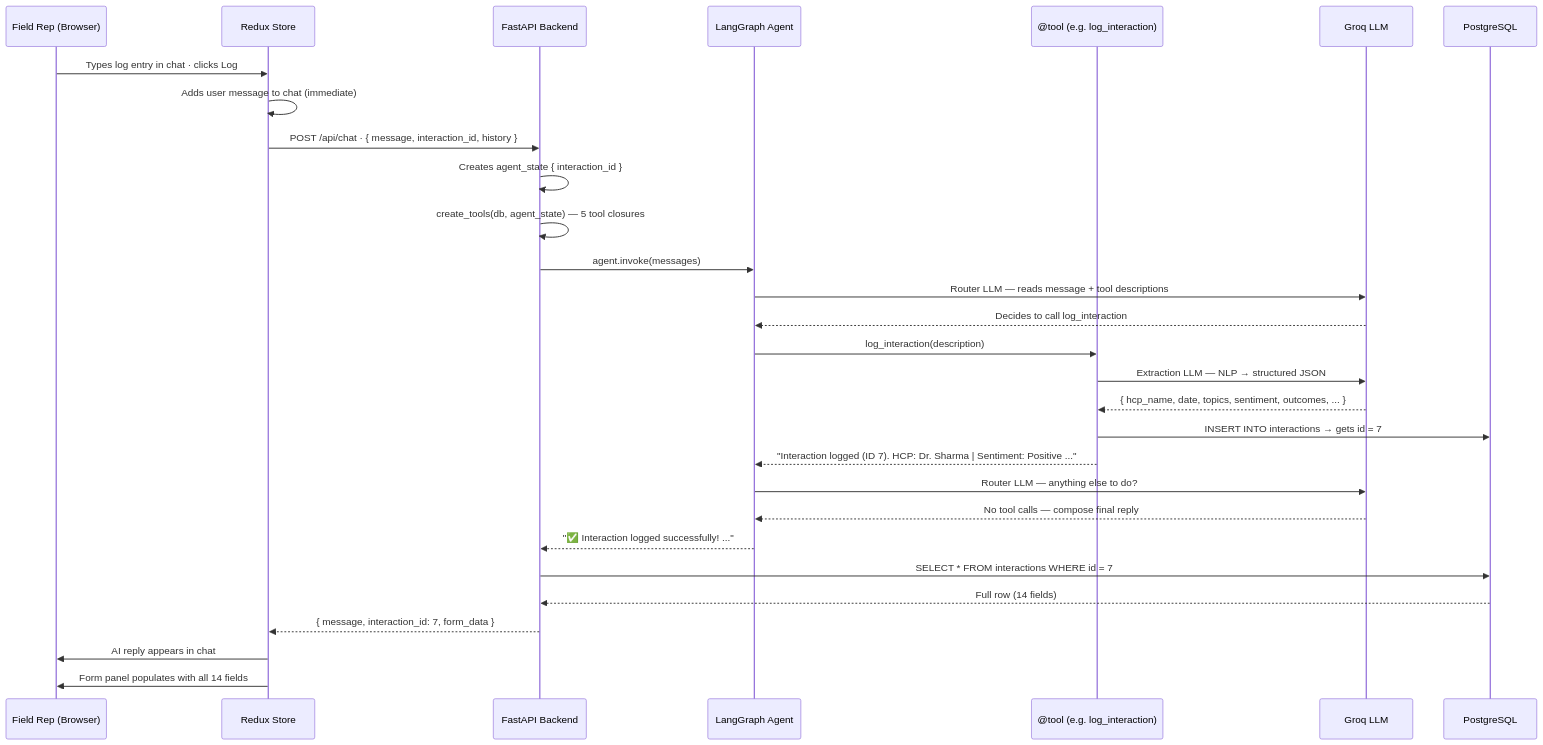
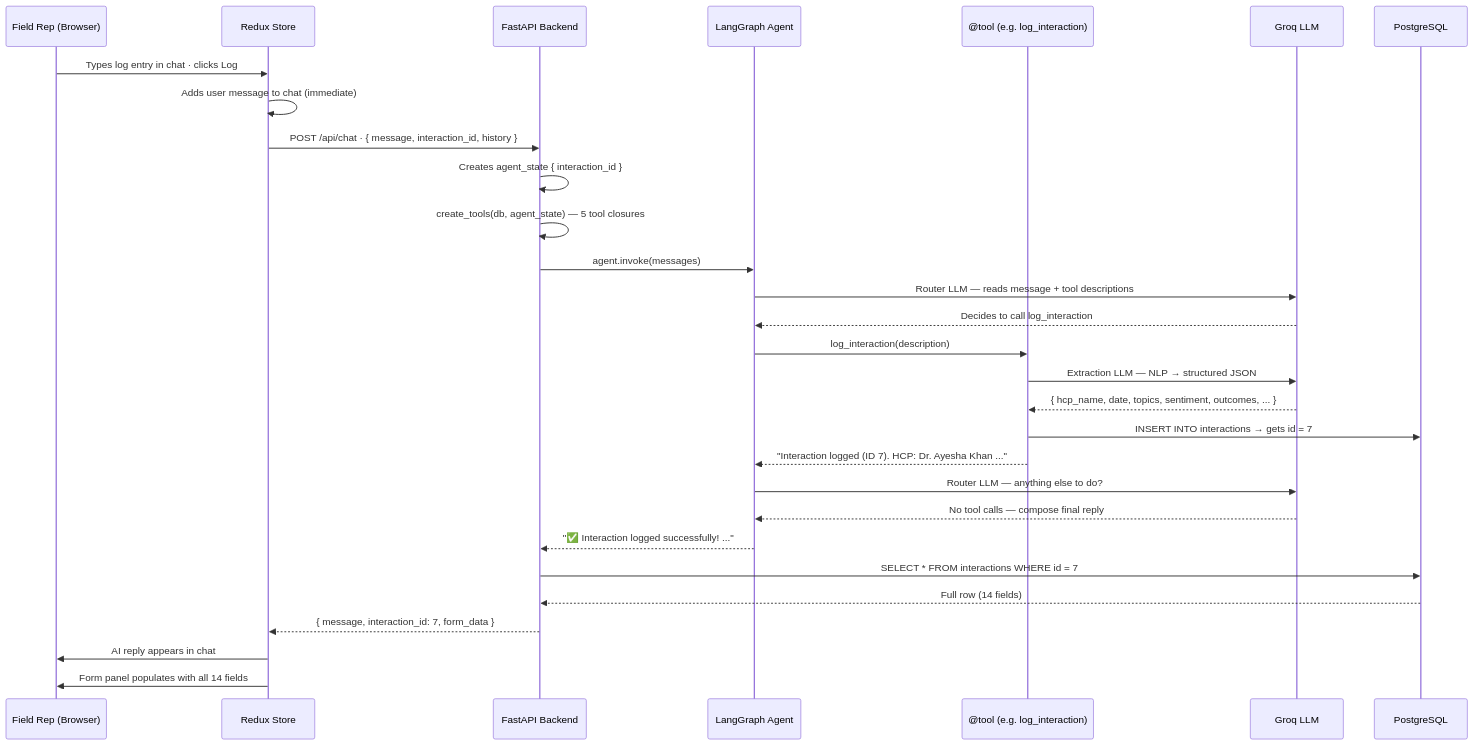
Before and after one commit to Kanchan95/ai-hcp-crm: the diagram in README.md, drawn with Mermaid. The commit also changed other lines of this file and 6 other files, not shown here.

````diff
--- a/README.md
+++ b/README.md
@@ -25,38 +51,38 @@
 ```mermaid
 sequenceDiagram
     participant Rep as Field Rep (Browser)
     participant Redux as Redux Store
     participant API as FastAPI Backend
     participant Agent as LangGraph Agent
     participant Tool as @tool (e.g. log_interaction)
     participant LLM as Groq LLM
     participant DB as PostgreSQL
 
     Rep->>Redux: Types log entry in chat · clicks Log
     Redux->>Redux: Adds user message to chat (immediate)
     Redux->>API: POST /api/chat · { message, interaction_id, history }
 
     API->>API: Creates agent_state { interaction_id }
     API->>API: create_tools(db, agent_state) — 5 tool closures
     API->>Agent: agent.invoke(messages)
 
     Agent->>LLM: Router LLM — reads message + tool descriptions
     LLM-->>Agent: Decides to call log_interaction
 
     Agent->>Tool: log_interaction(description)
     Tool->>LLM: Extraction LLM — NLP → structured JSON
     LLM-->>Tool: { hcp_name, date, topics, sentiment, outcomes, ... }
     Tool->>DB: INSERT INTO interactions → gets id = 7
-    Tool-->>Agent: "Interaction logged (ID 7). HCP: Dr. Sharma | Sentiment: Positive ..."
+    Tool-->>Agent: "Interaction logged (ID 7). HCP: Dr. Ayesha Khan ..."
 
     Agent->>LLM: Router LLM — anything else to do?
     LLM-->>Agent: No tool calls — compose final reply
     Agent-->>API: "✅ Interaction logged successfully! ..."
 
     API->>DB: SELECT * FROM interactions WHERE id = 7
     DB-->>API: Full row (14 fields)
     API-->>Redux: { message, interaction_id: 7, form_data }
 
     Redux->>Rep: AI reply appears in chat
     Redux->>Rep: Form panel populates with all 14 fields
 ```
````
